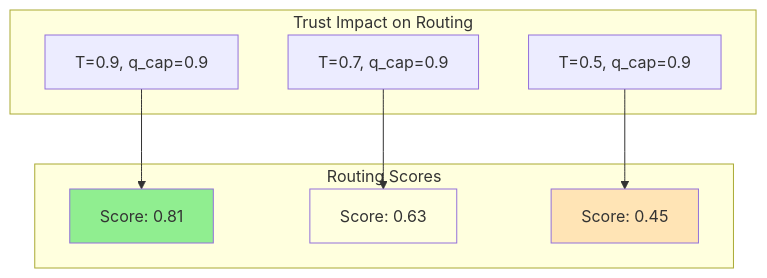
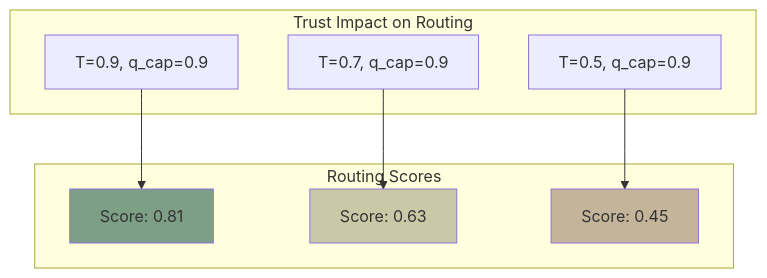
Before and after one commit to ScopeCreep-zip/Symbiont: the fifth of 5 diagrams in docs/tutorials/understanding-trust.md, drawn with Mermaid. The commit also changed other lines of this file and 17 other files, not shown here.

Commit message:
update to diagram colors

````diff
--- a/docs/tutorials/understanding-trust.md
+++ b/docs/tutorials/understanding-trust.md
@@ -302,22 +302,22 @@
 ```mermaid
 graph TB
     subgraph "Trust Impact on Routing"
         T9["T=0.9, q_cap=0.9"]
         T7["T=0.7, q_cap=0.9"]
         T5["T=0.5, q_cap=0.9"]
     end
 
     subgraph "Routing Scores"
         S9["Score: 0.81"]
         S7["Score: 0.63"]
         S5["Score: 0.45"]
     end
 
     T9 --> S9
     T7 --> S7
     T5 --> S5
 
-    style S9 fill:#90EE90
-    style S7 fill:#FFFFE0
-    style S5 fill:#FFE4B5
+    style S9 fill:#7d9f85
+    style S7 fill:#c9c9a8
+    style S5 fill:#c4b49a
 ```
````
